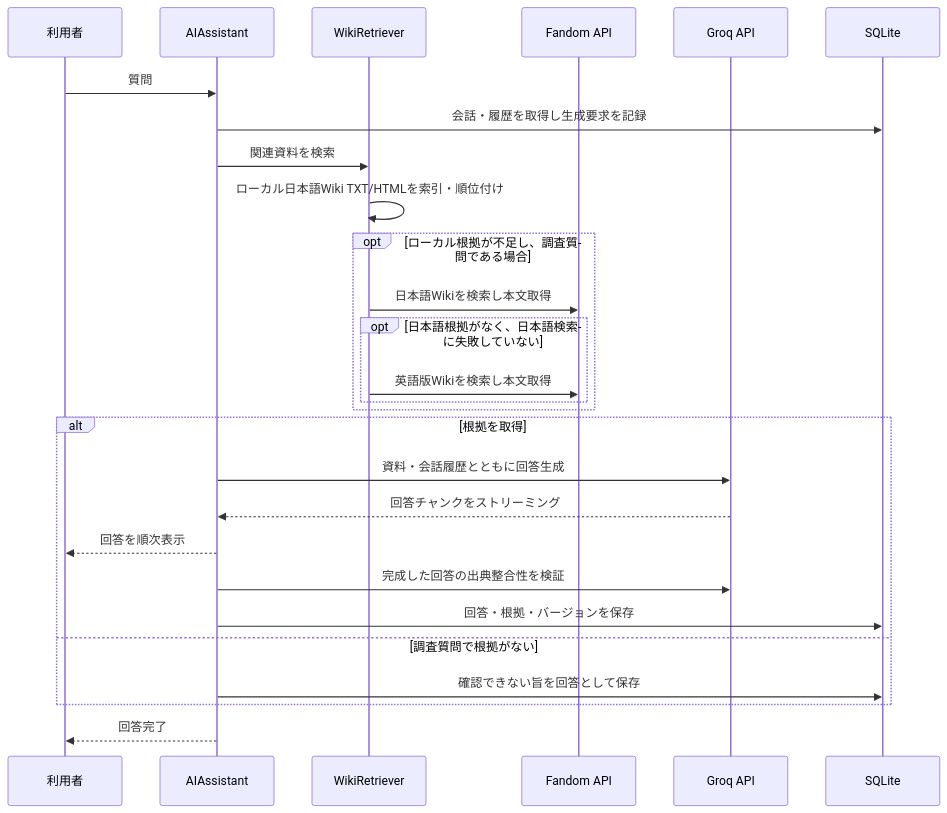
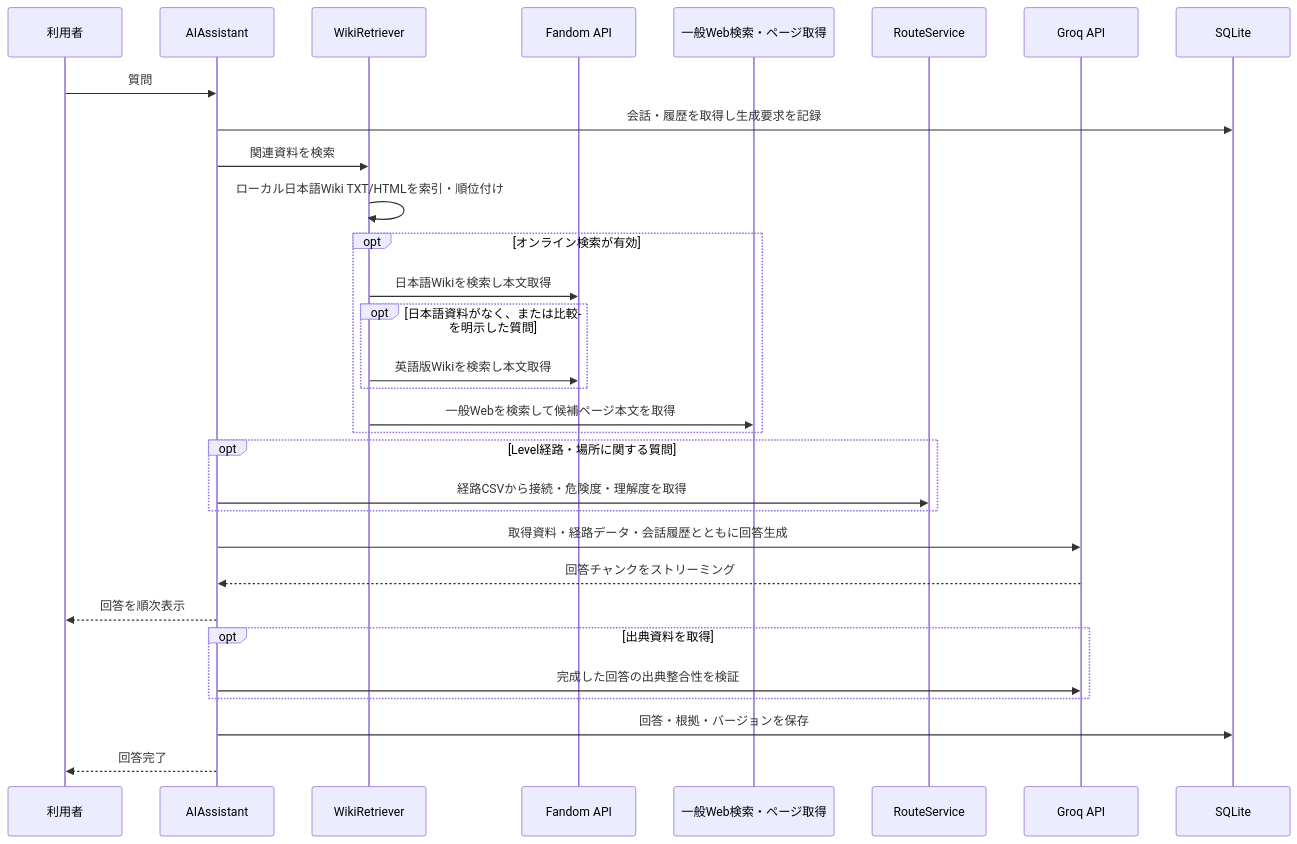
The second of 3 diagrams in docs/architecture.md (Suigetsu-Lium/BrNavi-FandomJP-GUI), drawn with Mermaid before and after one commit. The commit also changed other lines of this file and 1 other file, not shown here.

Commit message:
Update docs for route and AI behavior

````diff
--- a/docs/architecture.md
+++ b/docs/architecture.md
@@ -89,29 +91,33 @@
 ```mermaid
 sequenceDiagram
     participant U as 利用者
     participant A as AIAssistant
     participant R as WikiRetriever
     participant W as Fandom API
+    participant E as 一般Web検索・ページ取得
+    participant P as RouteService
     participant G as Groq API
     participant D as SQLite
     U->>A: 質問
     A->>D: 会話・履歴を取得し生成要求を記録
     A->>R: 関連資料を検索
     R->>R: ローカル日本語Wiki TXT/HTMLを索引・順位付け
-    opt ローカル根拠が不足し、調査質問である場合
+    opt オンライン検索が有効
         R->>W: 日本語Wikiを検索し本文取得
-        opt 日本語根拠がなく、日本語検索に失敗していない
+        opt 日本語資料がなく、または比較を明示した質問
             R->>W: 英語版Wikiを検索し本文取得
         end
+        R->>E: 一般Webを検索して候補ページ本文を取得
     end
-    alt 根拠を取得
-        A->>G: 資料・会話履歴とともに回答生成
-        G-->>A: 回答チャンクをストリーミング
-        A-->>U: 回答を順次表示
+    opt Level経路・場所に関する質問
+        A->>P: 経路CSVから接続・危険度・理解度を取得
+    end
+    A->>G: 取得資料・経路データ・会話履歴とともに回答生成
+    G-->>A: 回答チャンクをストリーミング
+    A-->>U: 回答を順次表示
+    opt 出典資料を取得
         A->>G: 完成した回答の出典整合性を検証
-        A->>D: 回答・根拠・バージョンを保存
-    else 調査質問で根拠がない
-        A->>D: 確認できない旨を回答として保存
     end
+    A->>D: 回答・根拠・バージョンを保存
     A-->>U: 回答完了
 ```
````
